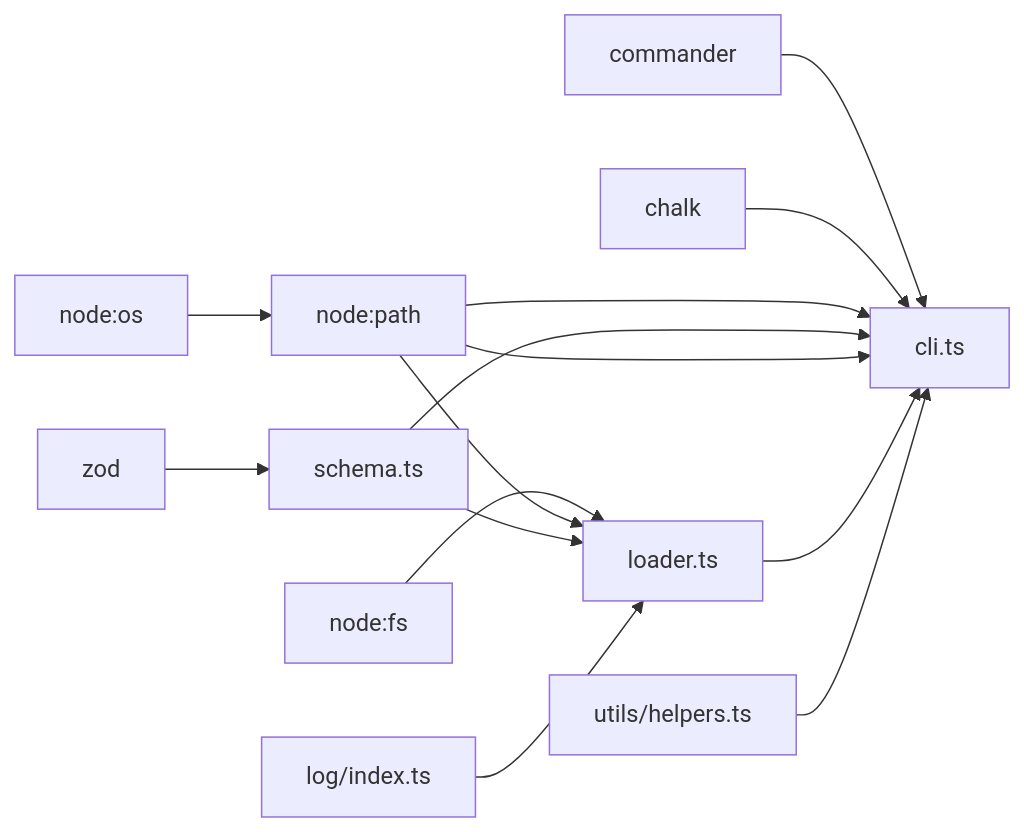
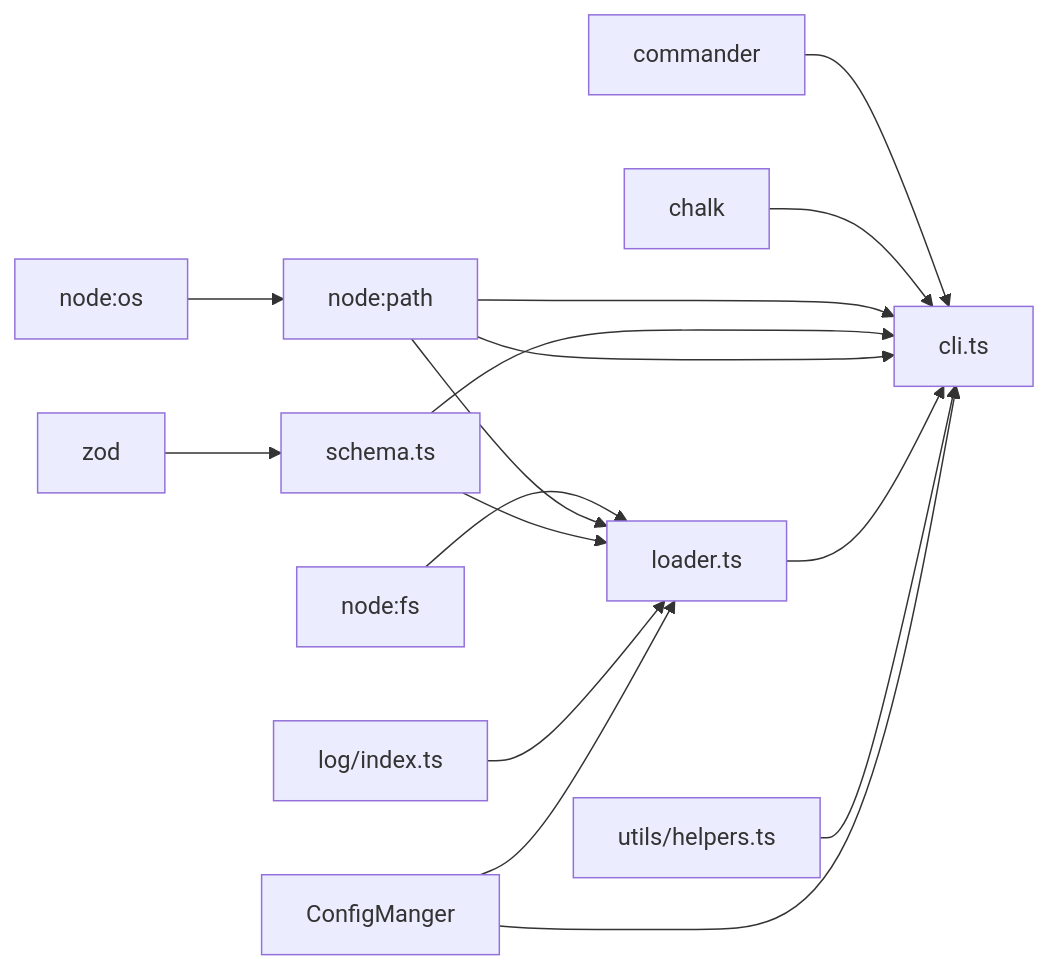
One commit to neciszhang/batbot changed the fourth of 4 diagrams in .qoder/repowiki/zh/content/配置系统/配置加载器.md. Above: the diagram before and after it, drawn with Mermaid. The commit also changed other lines of this file and 9 other files, not shown here.

````diff
--- a/.qoder/repowiki/zh/content/配置系统/配置加载器.md
+++ b/.qoder/repowiki/zh/content/配置系统/配置加载器.md
@@ -276,16 +311,18 @@
 ```mermaid
 graph LR
 Z["zod"] --> SCHEMA["schema.ts"]
 CM["commander"] --> CLI["cli.ts"]
 CH["chalk"] --> CLI
 FS["node:fs"] --> LOADER["loader.ts"]
 PATH["node:path"] --> LOADER
 OS["node:os"] --> PATH
 PATH --> CLI
 SCHEMA --> CLI
 SCHEMA --> LOADER
 PATH --> CLI
 LOADER --> CLI
 LOG["log/index.ts"] --> LOADER
 HELP["utils/helpers.ts"] --> CLI
+CONFIG_MANAGER["ConfigManger"] --> LOADER
+CONFIG_MANAGER --> CLI
 ```
````
